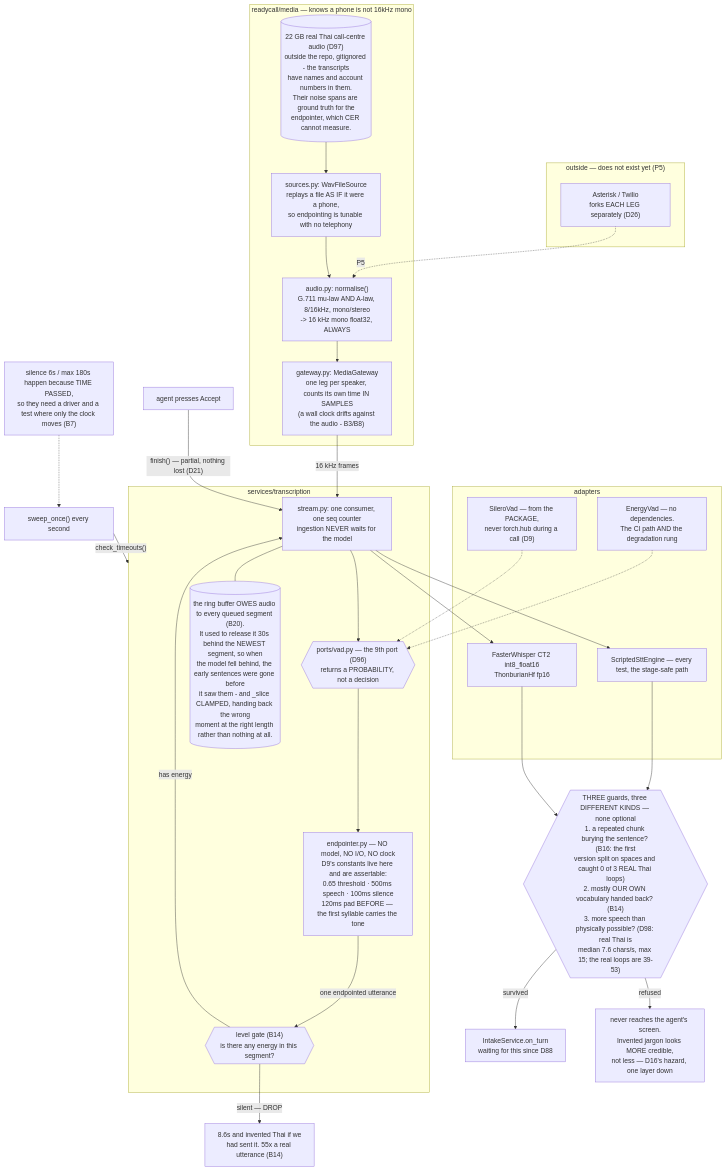
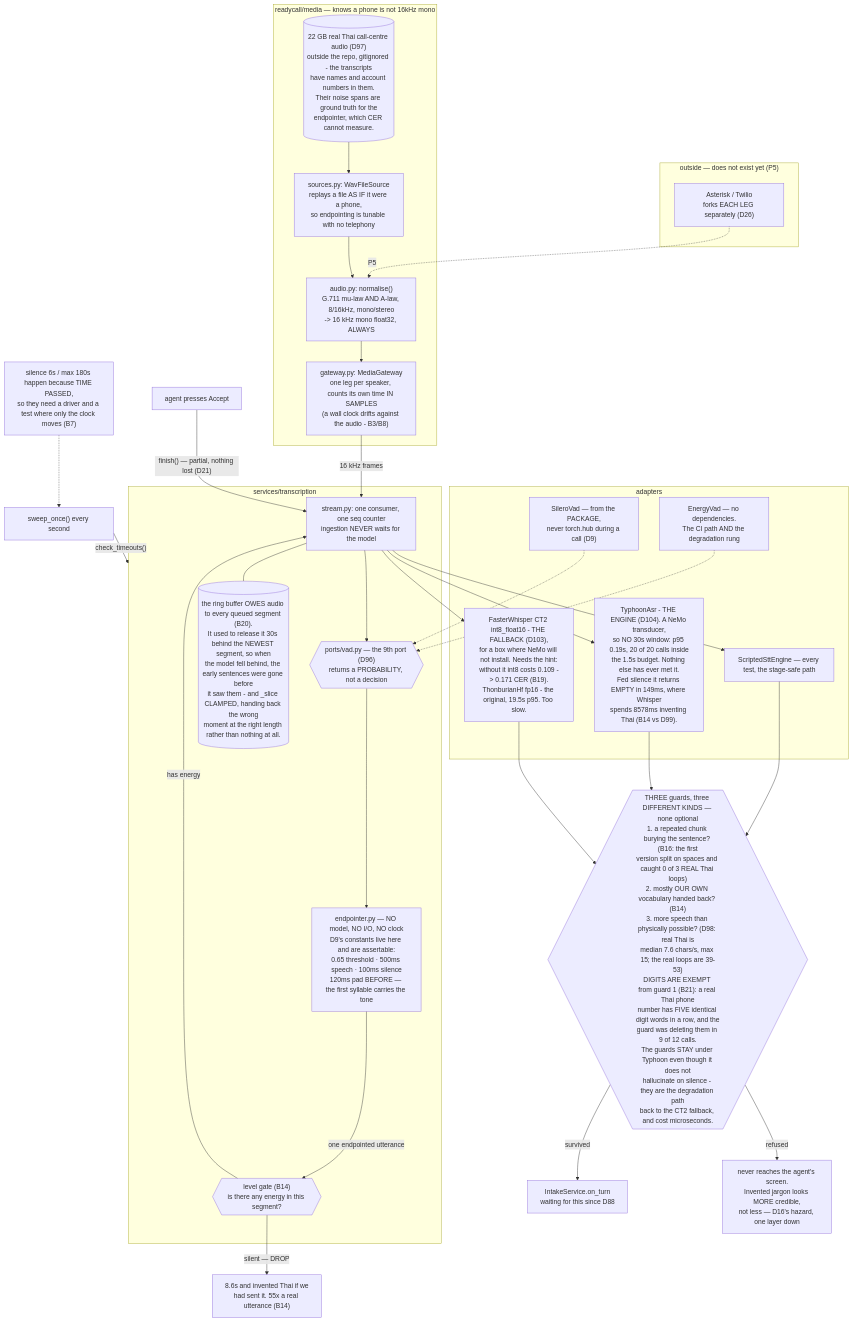
Before and after one commit to anakom-suvonvorn/Krungsri-ReadyCall: the diagram in docs/diagrams/src/audio_path.mmd, drawn with Mermaid. The commit also changed 15 other files, not shown here.

```diff
--- a/docs/diagrams/src/audio_path.mmd
+++ b/docs/diagrams/src/audio_path.mmd
@@ -1,56 +1,59 @@
 %% HANDWRITTEN. Checked against ARCHITECTURE.md S6 + S7 + D9 + D21 + D26 + D88 + D96 + D97 + D98
-%% + B7 + B14 + B16 + B18 + B19 + B20
+%% + B7 + B14 + B16 + B18 + B19 + B20 + B21 + B22 + B23 + D103 + D104
 flowchart TB
     subgraph OUT["outside — does not exist yet (P5)"]
         TEL["Asterisk / Twilio<br/>forks EACH LEG separately (D26)"]
     end
 
     subgraph MEDIA["readycall/media — knows a phone is not 16kHz mono"]
         NORM["audio.py: normalise()<br/>G.711 mu-law AND A-law, 8/16kHz, mono/stereo<br/>-> 16 kHz mono float32, ALWAYS"]
         GW["gateway.py: MediaGateway<br/>one leg per speaker, counts its own time IN SAMPLES<br/>(a wall clock drifts against the audio - B3/B8)"]
         WAV["sources.py: WavFileSource<br/>replays a file AS IF it were a phone,<br/>so endpointing is tunable with no telephony"]
         DATA[("22 GB real Thai call-centre audio (D97)<br/>outside the repo, gitignored - the transcripts<br/>have names and account numbers in them.<br/>Their noise spans are ground truth for the<br/>endpointer, which CER cannot measure.")]
     end
 
     subgraph TRANS["services/transcription"]
         VAD{{"ports/vad.py — the 9th port (D96)<br/>returns a PROBABILITY, not a decision"}}
         EP["endpointer.py — NO model, NO I/O, NO clock<br/>D9's constants live here and are assertable:<br/>0.65 threshold · 500ms speech · 100ms silence<br/>120ms pad BEFORE — the first syllable carries the tone"]
         GATE{{"level gate (B14)<br/>is there any energy in this segment?"}}
         STREAM["stream.py: one consumer, one seq counter<br/>ingestion NEVER waits for the model"]
         BUF[("the ring buffer OWES audio to every queued segment (B20).<br/>It used to release it 30s behind the NEWEST segment, so when<br/>the model fell behind, the early sentences were gone before<br/>it saw them - and _slice CLAMPED, handing back the wrong<br/>moment at the right length rather than nothing at all.")]
     end
 
     subgraph ENG["adapters"]
         E1["EnergyVad — no dependencies.<br/>The CI path AND the degradation rung"]
         E2["SileroVad — from the PACKAGE,<br/>never torch.hub during a call (D9)"]
         S1["ScriptedSttEngine — every test, the stage-safe path"]
-        S2["FasterWhisper CT2 int8_float16<br/>ThonburianHf fp16"]
+        S2["TyphoonAsr - THE ENGINE (D104). A NeMo transducer,<br/>so NO 30s window: p95 0.19s, 20 of 20 calls inside<br/>the 1.5s budget. Nothing else has ever met it.<br/>Fed silence it returns EMPTY in 149ms, where Whisper<br/>spends 8578ms inventing Thai (B14 vs D99)."]
+        S3["FasterWhisper CT2 int8_float16 - THE FALLBACK (D103),<br/>for a box where NeMo will not install. Needs the hint:<br/>without it int8 costs 0.109 -> 0.171 CER (B19).<br/>ThonburianHf fp16 - the original, 19.5s p95. Too slow."]
     end
 
-    GUARDS{{"THREE guards, three DIFFERENT KINDS — none optional<br/>1. a repeated chunk burying the sentence? (B16: the first<br/>version split on spaces and caught 0 of 3 REAL Thai loops)<br/>2. mostly OUR OWN vocabulary handed back? (B14)<br/>3. more speech than physically possible? (D98: real Thai is<br/>median 7.6 chars/s, max 15; the real loops are 39-53)"}}
+    GUARDS{{"THREE guards, three DIFFERENT KINDS — none optional<br/>1. a repeated chunk burying the sentence? (B16: the first<br/>version split on spaces and caught 0 of 3 REAL Thai loops)<br/>2. mostly OUR OWN vocabulary handed back? (B14)<br/>3. more speech than physically possible? (D98: real Thai is<br/>median 7.6 chars/s, max 15; the real loops are 39-53)<br/>DIGITS ARE EXEMPT from guard 1 (B21): a real Thai phone<br/>number has FIVE identical digit words in a row, and the<br/>guard was deleting them in 9 of 12 calls.<br/>The guards STAY under Typhoon even though it does not<br/>hallucinate on silence - they are the degradation path<br/>back to the CT2 fallback, and cost microseconds."}}
     INTAKE["IntakeService.on_turn<br/>waiting for this since D88"]
 
     TEL -. "P5" .-> NORM
     DATA --> WAV
     WAV --> NORM
     NORM --> GW
     GW -->|"16 kHz frames"| STREAM
     STREAM --- BUF
     STREAM --> VAD
     VAD --> EP
     E1 -.-> VAD
     E2 -.-> VAD
     EP -->|"one endpointed utterance"| GATE
     GATE -->|"has energy"| STREAM
     GATE -->|"silent — DROP"| DROP["8.6s and invented Thai if we<br/>had sent it. 55x a real utterance (B14)"]
     STREAM --> S1
     STREAM --> S2
+    STREAM --> S3
     S1 --> GUARDS
     S2 --> GUARDS
+    S3 --> GUARDS
     GUARDS -->|"survived"| INTAKE
     GUARDS -->|"refused"| BIN["never reaches the agent's screen.<br/>Invented jargon looks MORE credible,<br/>not less — D16's hazard, one layer down"]
 
     SWEEP["sweep_once() every second"] -->|"check_timeouts()"| TRANS
     NOTE["silence 6s / max 180s happen because TIME PASSED,<br/>so they need a driver and a test where only the clock moves (B7)"] -.-> SWEEP
 
     ACCEPT["agent presses Accept"] -->|"finish() — partial, nothing lost (D21)"| STREAM
```
